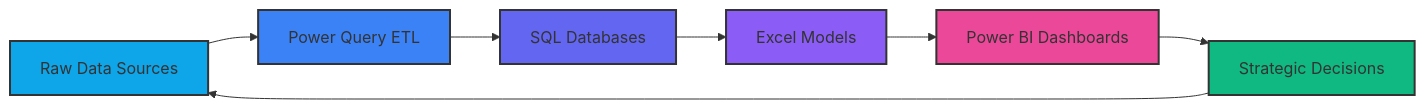
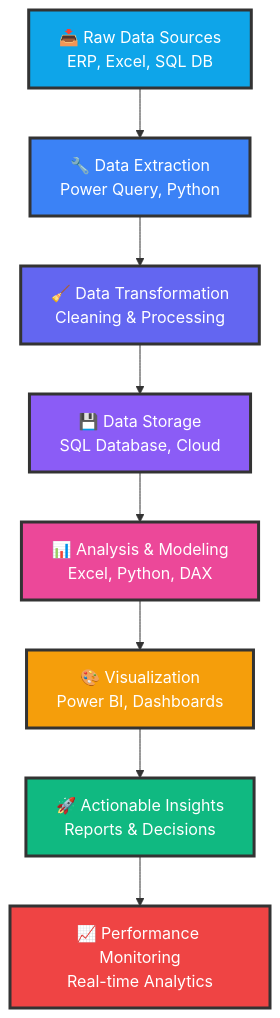
One commit to roushan62/roushan62 changed the second of 2 diagrams in README.md. Above: the diagram before and after it, drawn with Mermaid. The commit also changed other lines of this file, not shown here.

````diff
--- a/README.md
+++ b/README.md
@@ -57,16 +361,19 @@
 ```mermaid
-graph LR
-    A[Raw Data Sources] --> B[Power Query ETL]
-    B --> C[SQL Databases]
-    C --> D[Excel Models]
-    D --> E[Power BI Dashboards]
-    E --> F[Strategic Decisions]
-    F --> A
+flowchart TD
+    A[📥 Raw Data Sources<br>ERP, Excel, SQL DB] --> B[🔧 Data Extraction<br>Power Query, Python]
+    B --> C[🧹 Data Transformation<br>Cleaning & Processing]
+    C --> D[💾 Data Storage<br>SQL Database, Cloud]
+    D --> E[📊 Analysis & Modeling<br>Excel, Python, DAX]
+    E --> F[🎨 Visualization<br>Power BI, Dashboards]
+    F --> G[🚀 Actionable Insights<br>Reports & Decisions]
+    G --> H[📈 Performance Monitoring<br>Real-time Analytics]
     
-    style A fill:#0ea5e9,stroke:#333,stroke-width:2px
-    style B fill:#3b82f6,stroke:#333,stroke-width:2px
-    style C fill:#6366f1,stroke:#333,stroke-width:2px
-    style D fill:#8b5cf6,stroke:#333,stroke-width:2px
-    style E fill:#ec4899,stroke:#333,stroke-width:2px
-    style F fill:#10b981,stroke:#333,stroke-width:2px
+    style A fill:#0ea5e9,stroke:#333,stroke-width:3px,color:#fff
+    style B fill:#3b82f6,stroke:#333,stroke-width:3px,color:#fff
+    style C fill:#6366f1,stroke:#333,stroke-width:3px,color:#fff
+    style D fill:#8b5cf6,stroke:#333,stroke-width:3px,color:#fff
+    style E fill:#ec4899,stroke:#333,stroke-width:3px,color:#fff
+    style F fill:#f59e0b,stroke:#333,stroke-width:3px,color:#fff
+    style G fill:#10b981,stroke:#333,stroke-width:3px,color:#fff
+    style H fill:#ef4444,stroke:#333,stroke-width:3px,color:#fff
 ```
````
